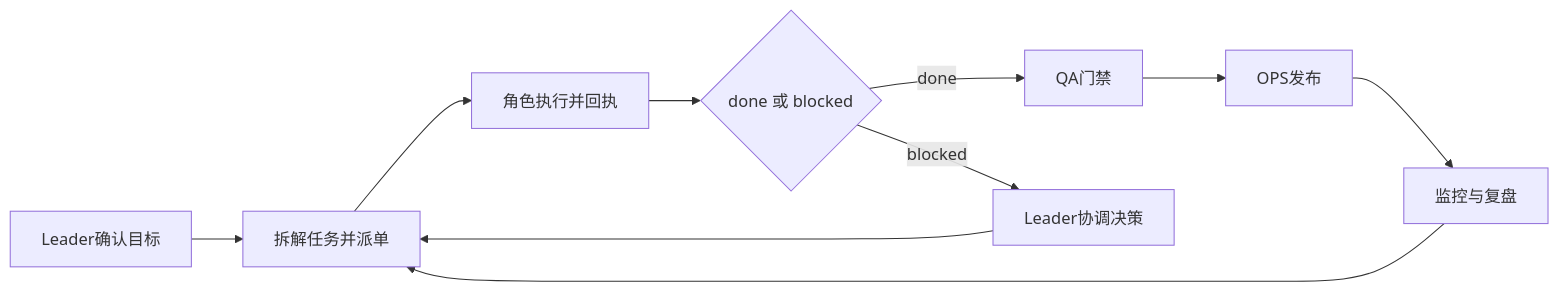
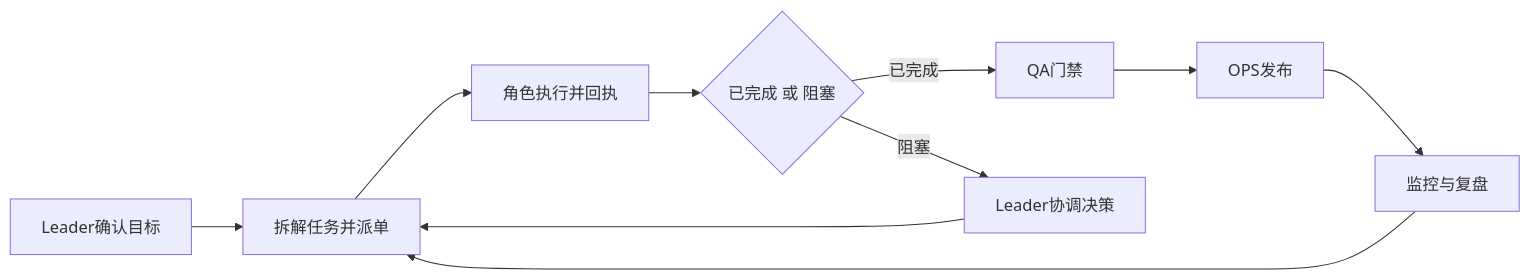
Before and after one commit to junchenghuo/openclaw-biz-agent: the diagram in RUNBOOK_7x24.md, drawn with Mermaid. The commit also changed other lines of this file and 73 other files, not shown here.

````diff
--- a/RUNBOOK_7x24.md
+++ b/RUNBOOK_7x24.md
@@ -13,12 +13,12 @@
 ```mermaid
 flowchart LR
     A[Leader确认目标] --> B[拆解任务并派单]
     B --> C[角色执行并回执]
-    C --> D{done 或 blocked}
-    D -->|done| E[QA门禁]
+    C --> D{已完成 或 阻塞}
+    D -->|已完成| E[QA门禁]
     E --> F[OPS发布]
     F --> G[监控与复盘]
     G --> B
-    D -->|blocked| H[Leader协调决策]
+    D -->|阻塞| H[Leader协调决策]
     H --> B
 ```
````
